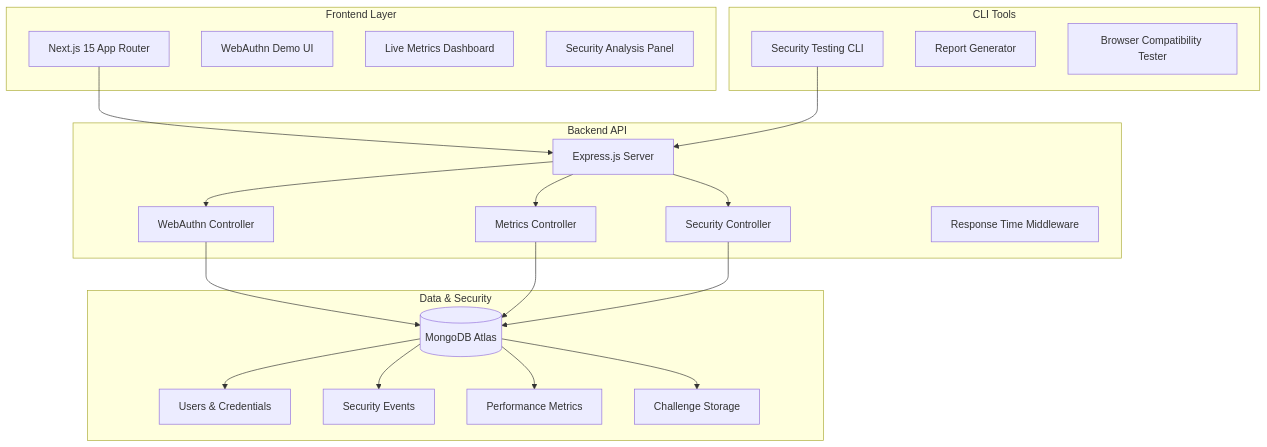
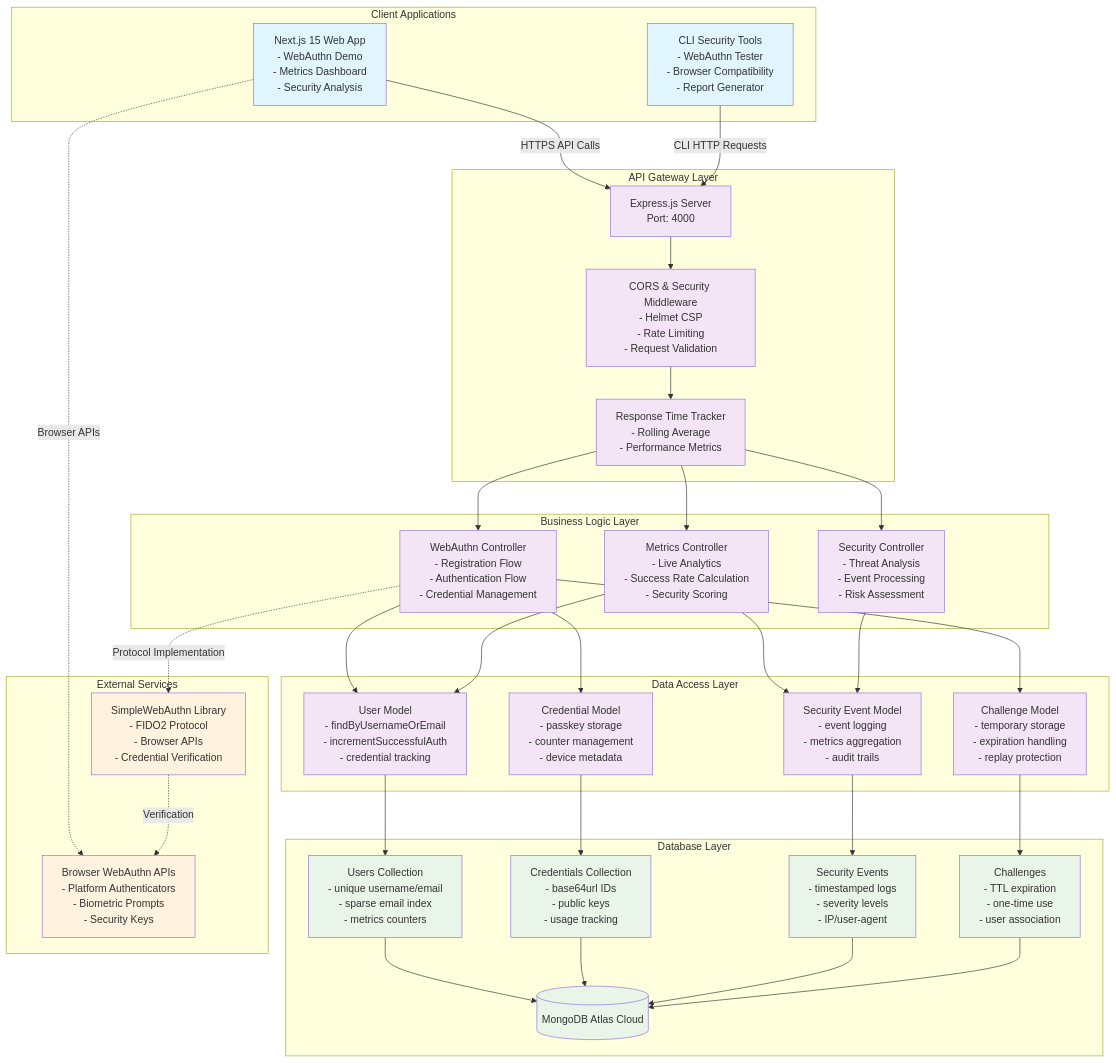
One commit to Durgesh-Vishwakarma/Passkey-Readiness-Tester changed the diagram in README.md. Above: the diagram before and after it, drawn with Mermaid. The commit also changed other lines of this file, not shown here.

Commit message:
update readme file

````diff
--- a/README.md
+++ b/README.md
@@ -44,44 +44,84 @@
 ```mermaid
 graph TB
-    subgraph "Frontend Layer"
-        A[Next.js 15 App Router]
-        B[WebAuthn Demo UI]
-        C[Live Metrics Dashboard]
-        D[Security Analysis Panel]
+    subgraph "Client Applications"
+        A[Next.js 15 Web App<br/>- WebAuthn Demo<br/>- Metrics Dashboard<br/>- Security Analysis]
+        B[CLI Security Tools<br/>- WebAuthn Tester<br/>- Browser Compatibility<br/>- Report Generator]
     end
     
-    subgraph "CLI Tools"
-        E[Security Testing CLI]
-        F[Report Generator]
-        G[Browser Compatibility Tester]
+    subgraph "API Gateway Layer"
+        C[Express.js Server<br/>Port: 4000]
+        D[CORS & Security Middleware<br/>- Helmet CSP<br/>- Rate Limiting<br/>- Request Validation]
+        E[Response Time Tracker<br/>- Rolling Average<br/>- Performance Metrics]
     end
     
-    subgraph "Backend API"
-        H[Express.js Server]
-        I[WebAuthn Controller]
-        J[Metrics Controller]
-        K[Security Controller]
-        L[Response Time Middleware]
+    subgraph "Business Logic Layer"
+        F[WebAuthn Controller<br/>- Registration Flow<br/>- Authentication Flow<br/>- Credential Management]
+        G[Metrics Controller<br/>- Live Analytics<br/>- Success Rate Calculation<br/>- Security Scoring]
+        H[Security Controller<br/>- Threat Analysis<br/>- Event Processing<br/>- Risk Assessment]
     end
     
-    subgraph "Data & Security"
-        M[(MongoDB Atlas)]
-        N[Users & Credentials]
-        O[Security Events]
-        P[Performance Metrics]
-        Q[Challenge Storage]
+    subgraph "Data Access Layer"
+        I[User Model<br/>- findByUsernameOrEmail<br/>- incrementSuccessfulAuth<br/>- credential tracking]
+        J[Credential Model<br/>- passkey storage<br/>- counter management<br/>- device metadata]
+        K[Security Event Model<br/>- event logging<br/>- metrics aggregation<br/>- audit trails]
+        L[Challenge Model<br/>- temporary storage<br/>- expiration handling<br/>- replay protection]
     end
     
-    A --> H
+    subgraph "Database Layer"
+        M[(MongoDB Atlas Cloud)]
+        N[Users Collection<br/>- unique username/email<br/>- sparse email index<br/>- metrics counters]
+        O[Credentials Collection<br/>- base64url IDs<br/>- public keys<br/>- usage tracking]
+        P[Security Events<br/>- timestamped logs<br/>- severity levels<br/>- IP/user-agent]
+        Q[Challenges<br/>- TTL expiration<br/>- one-time use<br/>- user association]
+    end
+    
+    subgraph "External Services"
+        R[SimpleWebAuthn Library<br/>- FIDO2 Protocol<br/>- Browser APIs<br/>- Credential Verification]
+        S[Browser WebAuthn APIs<br/>- Platform Authenticators<br/>- Biometric Prompts<br/>- Security Keys]
+    end
+    
+    %% Client to Server
+    A -->|HTTPS API Calls| C
+    B -->|CLI HTTP Requests| C
+    
+    %% Middleware Chain
+    C --> D
+    D --> E
+    E --> F
+    E --> G
     E --> H
-    H --> I
-    H --> J
+    
+    %% Controllers to Models
+    F --> I
+    F --> J
+    F --> L
+    G --> I
+    G --> K
     H --> K
-    I --> M
-    J --> M
-    K --> M
-    M --> N
-    M --> O
-    M --> P
-    M --> Q
+    
+    %% Models to Database
+    I --> N
+    J --> O
+    K --> P
+    L --> Q
+    N --> M
+    O --> M
+    P --> M
+    Q --> M
+    
+    %% External Dependencies
+    F -.->|Protocol Implementation| R
+    A -.->|Browser APIs| S
+    R -.->|Verification| S
+    
+    %% Data Flow Indicators
+    classDef frontend fill:#e1f5fe
+    classDef backend fill:#f3e5f5
+    classDef database fill:#e8f5e8
+    classDef external fill:#fff3e0
+    
+    class A,B frontend
+    class C,D,E,F,G,H,I,J,K,L backend
+    class M,N,O,P,Q database
+    class R,S external
 ```
````
